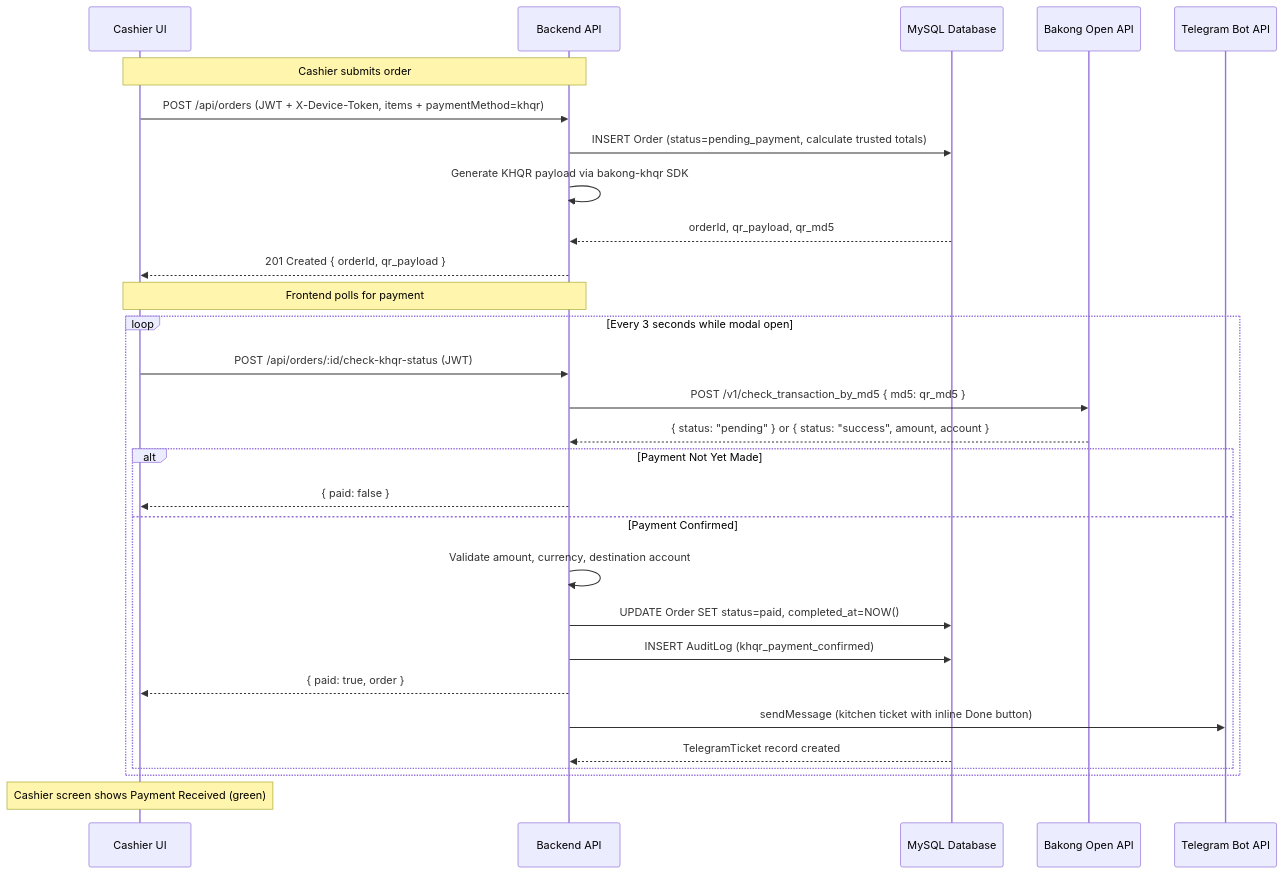
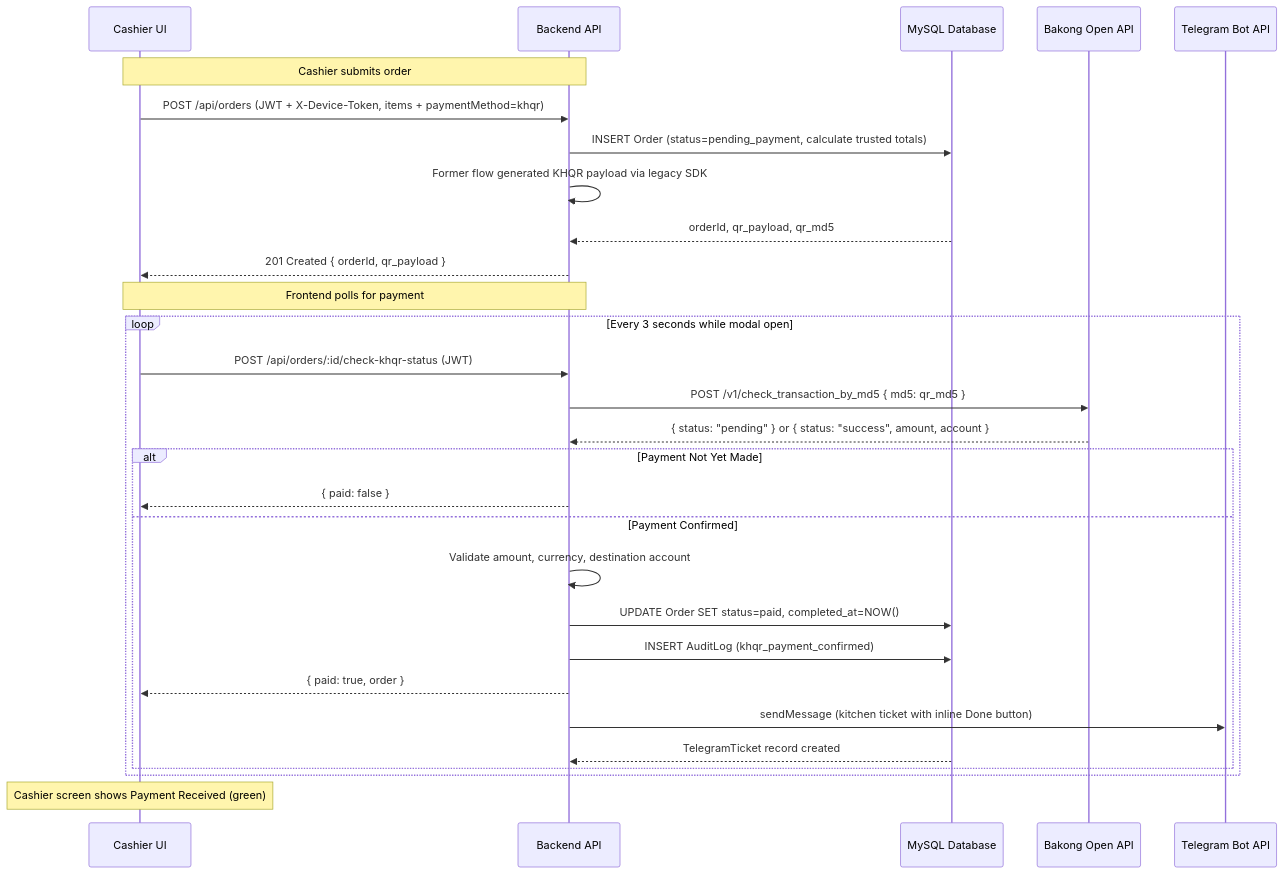
Before and after one commit to sothyvan/TOUB_POS: the fourth of 6 diagrams in docs/reports/TOUB_POS_Project_Report.md, drawn with Mermaid. The commit also changed other lines of this file and 18 other files, not shown here.

Commit message:
refactor: remove KHQR payment integration and legacy SDK

````diff
--- a/docs/reports/TOUB_POS_Project_Report.md
+++ b/docs/reports/TOUB_POS_Project_Report.md
@@ -547,34 +550,34 @@
 ```mermaid
 sequenceDiagram
   participant C as Cashier UI
   participant API as Backend API
   participant DB as MySQL Database
   participant Bakong as Bakong Open API
   participant TG as Telegram Bot API
 
   Note over C,API: Cashier submits order
   C->>API: POST /api/orders (JWT + X-Device-Token, items + paymentMethod=khqr)
   API->>DB: INSERT Order (status=pending_payment, calculate trusted totals)
-  API->>API: Generate KHQR payload via bakong-khqr SDK
+  API->>API: Former flow generated KHQR payload via legacy SDK
   DB-->>API: orderId, qr_payload, qr_md5
   API-->>C: 201 Created { orderId, qr_payload }
 
   Note over C,API: Frontend polls for payment
   loop Every 3 seconds while modal open
     C->>API: POST /api/orders/:id/check-khqr-status (JWT)
     API->>Bakong: POST /v1/check_transaction_by_md5 { md5: qr_md5 }
     Bakong-->>API: { status: "pending" } or { status: "success", amount, account }
     alt Payment Not Yet Made
       API-->>C: { paid: false }
     else Payment Confirmed
       API->>API: Validate amount, currency, destination account
       API->>DB: UPDATE Order SET status=paid, completed_at=NOW()
       API->>DB: INSERT AuditLog (khqr_payment_confirmed)
       API-->>C: { paid: true, order }
       API->>TG: sendMessage (kitchen ticket with inline Done button)
       DB-->>API: TelegramTicket record created
     end
   end
 
   Note over C: Cashier screen shows Payment Received (green)
 ```
````
